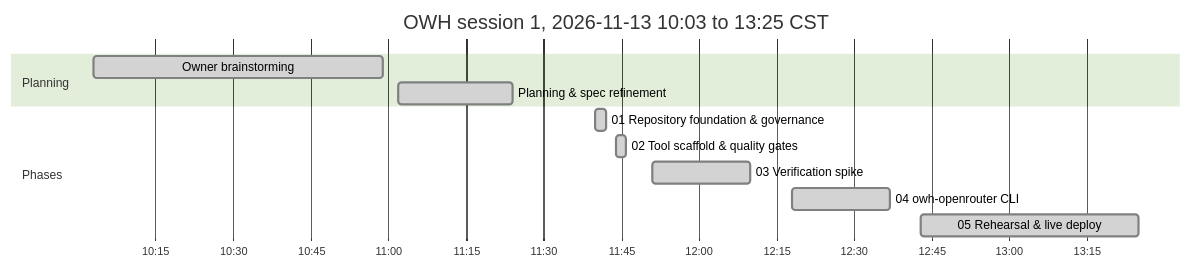
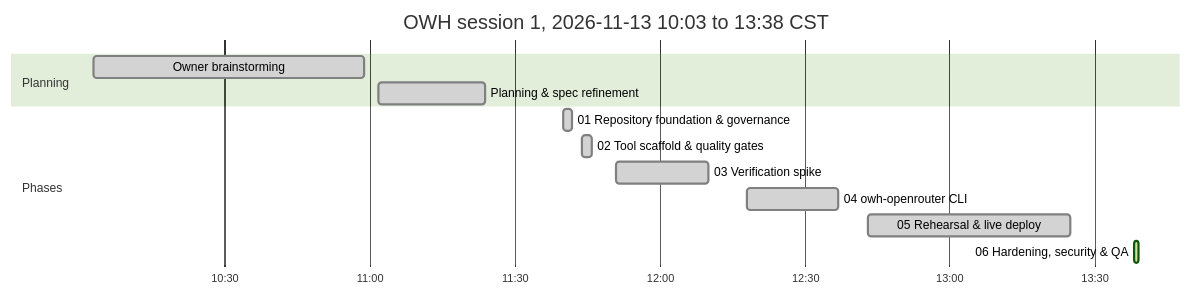
One commit to antonizick/OpenWebUI changed the diagram in OWH_IMPLEMENTATION_PLAN.md. Above: the diagram before and after it, drawn with Mermaid (forest theme). The commit also changed other lines of this file and 1 other file, not shown here.

Commit message:
docs(plan): refresh timeline

````diff
--- a/OWH_IMPLEMENTATION_PLAN.md
+++ b/OWH_IMPLEMENTATION_PLAN.md
@@ -48,15 +48,16 @@
 ```mermaid
 gantt
-    title OWH session 1, 2026-11-13 10:03 to 13:25 CST
+    title OWH session 1, 2026-11-13 10:03 to 13:38 CST
     dateFormat YYYY-MM-DD HH:mm
     axisFormat %H:%M
     section Planning
     Owner brainstorming :done, plan1, 2026-11-13 10:03, 2026-11-13 10:59
     Planning & spec refinement :done, p00, 2026-11-13 11:02, 2026-11-13 11:24
     section Phases
     01 Repository foundation & governance :done, p01s1, 2026-11-13 11:40, 2026-11-13 11:42
     02 Tool scaffold & quality gates :done, p02s1, 2026-11-13 11:44, 2026-11-13 11:46
     03 Verification spike :done, p03s1, 2026-11-13 11:51, 2026-11-13 12:10
     04 owh-openrouter CLI :done, p04s1, 2026-11-13 12:18, 2026-11-13 12:37
     05 Rehearsal & live deploy :done, p05s1, 2026-11-13 12:43, 2026-11-13 13:25
+    06 Hardening, security & QA :active, p06s1, 2026-11-13 13:38, 2026-11-13 13:39
 ```
````
